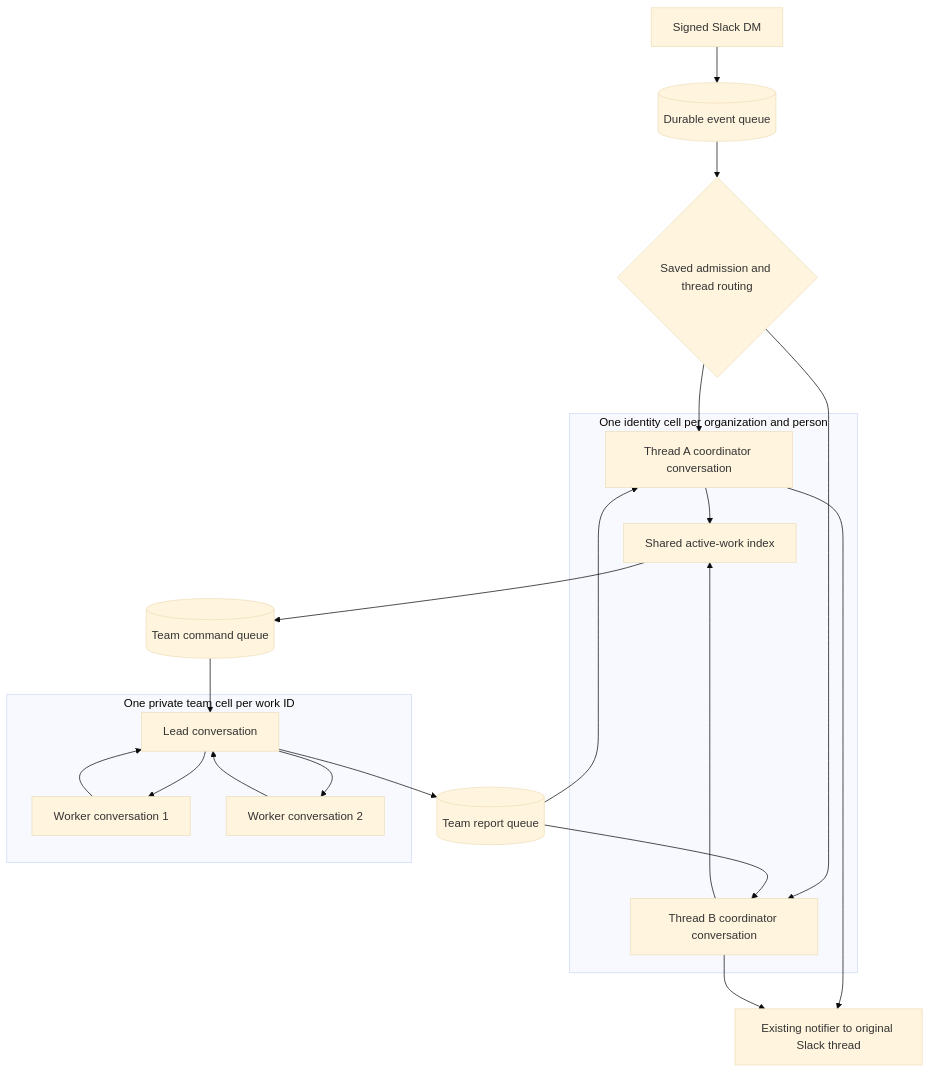
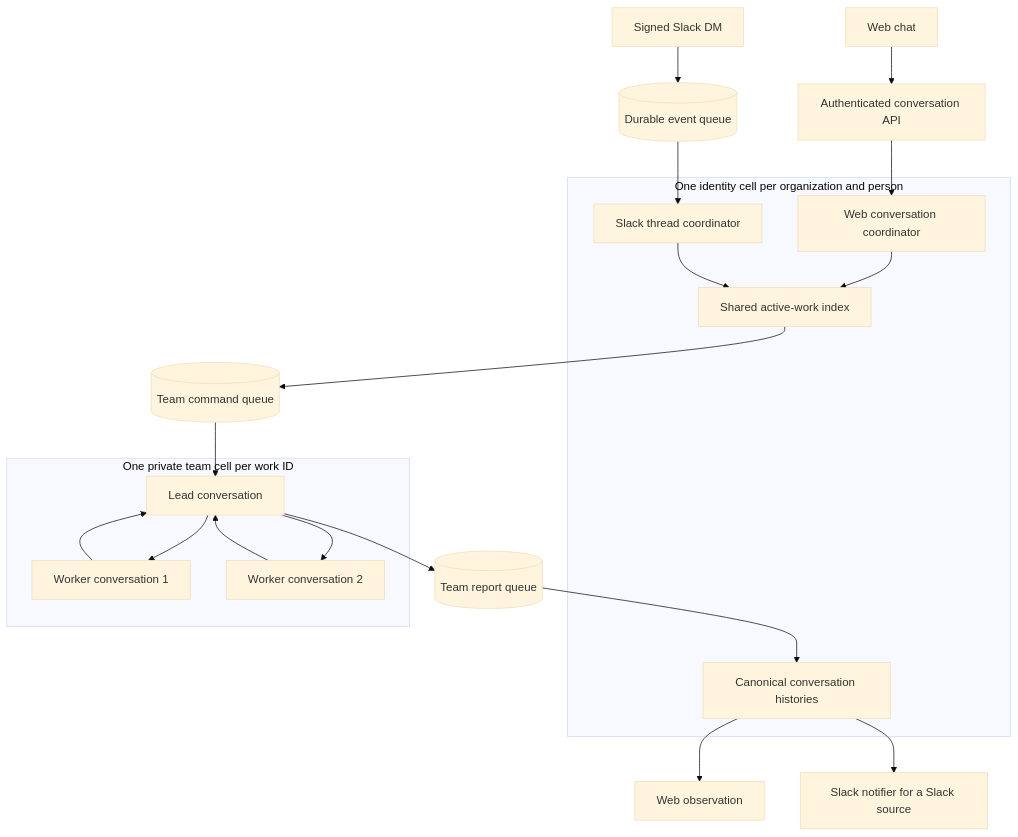
One commit to jhonsfran/cerebro changed the first of 2 diagrams in docs/architecture/slack-coordinator.md. Above: the diagram before and after it, drawn with Mermaid (base theme). The commit also changed other lines of this file and 21 other files, not shown here.

Commit message:
feat(web): show and control durable background teams

````diff
--- a/docs/architecture/slack-coordinator.md
+++ b/docs/architecture/slack-coordinator.md
@@ -7,30 +7,30 @@
 ```mermaid
 flowchart TD
-  S[Signed Slack DM] --> E[(Durable event queue)]
-  E --> F{Saved admission and thread routing}
+  W[Web chat] --> API[Authenticated conversation API]
+  S[Signed Slack DM] --> EQ[(Durable event queue)]
+  API --> CW
+  EQ --> CS
   subgraph I[One identity cell per organization and person]
-    A[Thread A coordinator conversation]
-    B[Thread B coordinator conversation]
+    CW[Web conversation coordinator]
+    CS[Slack thread coordinator]
     X[Shared active-work index]
-    A --> X
-    B --> X
+    H[Canonical conversation histories]
+    CW --> X
+    CS --> X
   end
-  F --> A
-  F --> B
-  X --> Q[(Team command queue)]
-  Q --> L
+  X --> CQ[(Team command queue)]
+  CQ --> L
   subgraph T[One private team cell per work ID]
     L[Lead conversation]
     W1[Worker conversation 1]
     W2[Worker conversation 2]
     L --> W1
     L --> W2
     W1 --> L
     W2 --> L
   end
-  L --> R[(Team report queue)]
-  R --> A
-  R --> B
-  A --> N[Existing notifier to original Slack thread]
-  B --> N
+  L --> RQ[(Team report queue)]
+  RQ --> H
+  H --> O[Web observation]
+  H --> N[Slack notifier for a Slack source]
 ```
````
